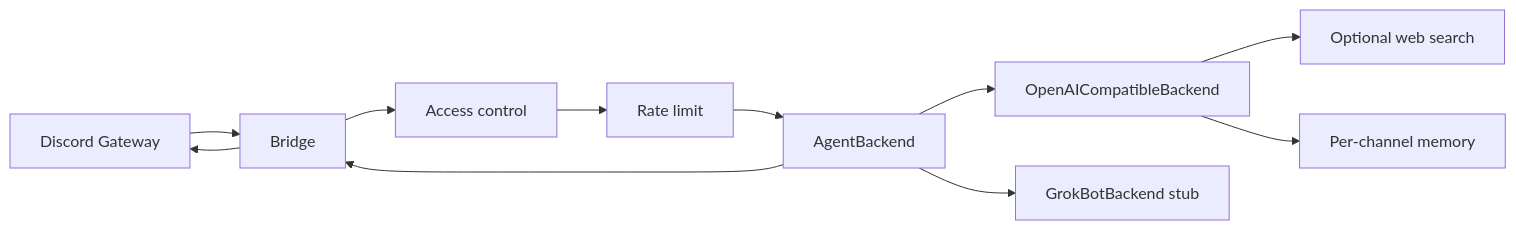
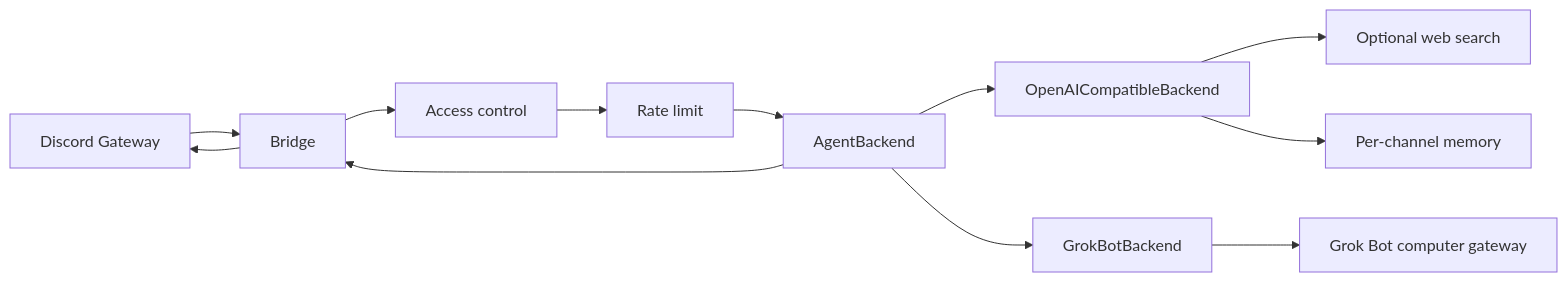
One commit to alvinng214/discord-agent-bridge changed the diagram in docs/PLAN.md. Above: the diagram before and after it, drawn with Mermaid. The commit also changed other lines of this file and 16 other files, not shown here.

First line of the commit message:
Implement GrokBotBackend via computer gateway and authenticated reply callback.

````diff
--- a/docs/PLAN.md
+++ b/docs/PLAN.md
@@ -35,13 +35,14 @@
 ```mermaid
 flowchart LR
   D[Discord Gateway] --> B[Bridge]
   B --> A[Access control]
   A --> R[Rate limit]
   R --> M[AgentBackend]
   M --> O[OpenAICompatibleBackend]
-  M --> G[GrokBotBackend stub]
+  M --> G[GrokBotBackend]
   O --> T[Optional web search]
   O --> Mem[Per-channel memory]
+  G --> GW[Grok Bot computer gateway]
   M --> B
   B --> D
 ```
````
